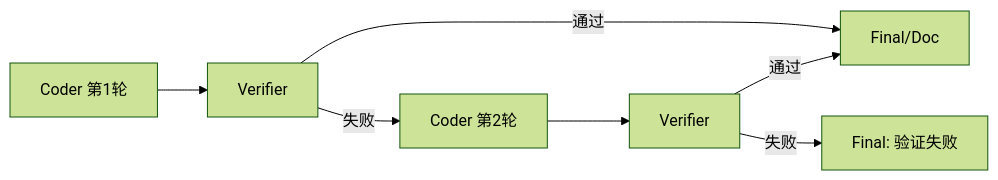
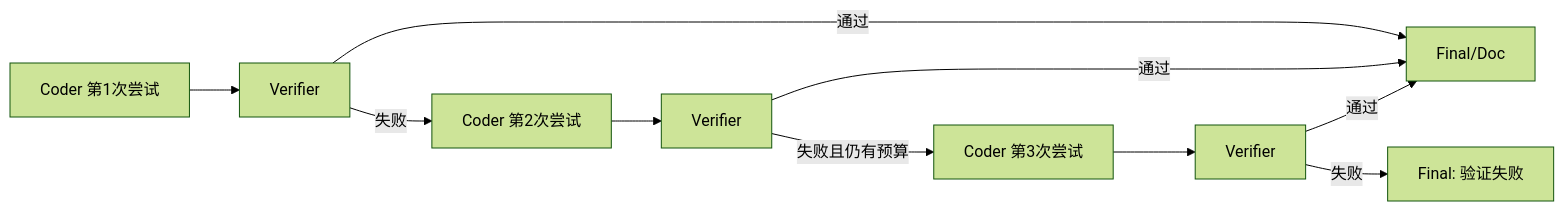
Before and after one commit to 24kzhang/coding_agent: the third of 3 diagrams in docs/agent_interview.md, drawn with Mermaid (forest theme). The commit also changed other lines of this file and 36 other files, not shown here.

````diff
--- a/docs/agent_interview.md
+++ b/docs/agent_interview.md
@@ -885,9 +889,12 @@
 ```mermaid
 flowchart LR
-    C1[Coder 第1轮] --> V1[Verifier]
+    C1[Coder 第1次尝试] --> V1[Verifier]
     V1 -->|通过| F[Final/Doc]
-    V1 -->|失败| C2[Coder 第2轮]
+    V1 -->|失败| C2[Coder 第2次尝试]
     C2 --> V2[Verifier]
     V2 -->|通过| F
-    V2 -->|失败| FF[Final: 验证失败]
+    V2 -->|失败且仍有预算| C3[Coder 第3次尝试]
+    C3 --> V3[Verifier]
+    V3 -->|通过| F
+    V3 -->|失败| FF[Final: 验证失败]
 ```
````
